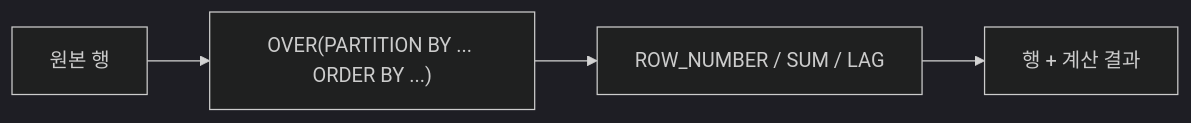
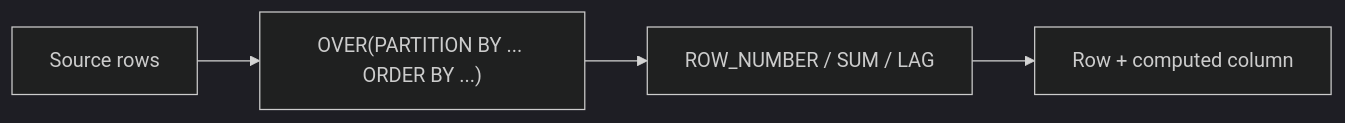
The diagram in content/sql-101/ko/07-window-function.md (yeongseon-books/book-content), drawn with Mermaid (dark theme) before and after one commit. The commit also changed other lines of this file and 9 other files, not shown here.

````diff
--- a/content/sql-101/ko/07-window-function.md
+++ b/content/sql-101/ko/07-window-function.md
@@ -35,6 +47,6 @@
 ```mermaid
 flowchart LR
-    Rows["원본 행"] --> Win["OVER(PARTITION BY ... ORDER BY ...)"]
+    Rows["Source rows"] --> Win["OVER(PARTITION BY ... ORDER BY ...)"]
     Win --> Func["ROW_NUMBER / SUM / LAG"]
-    Func --> Out["행 + 계산 결과"]
+    Func --> Out["Row + computed column"]
 ```
````
